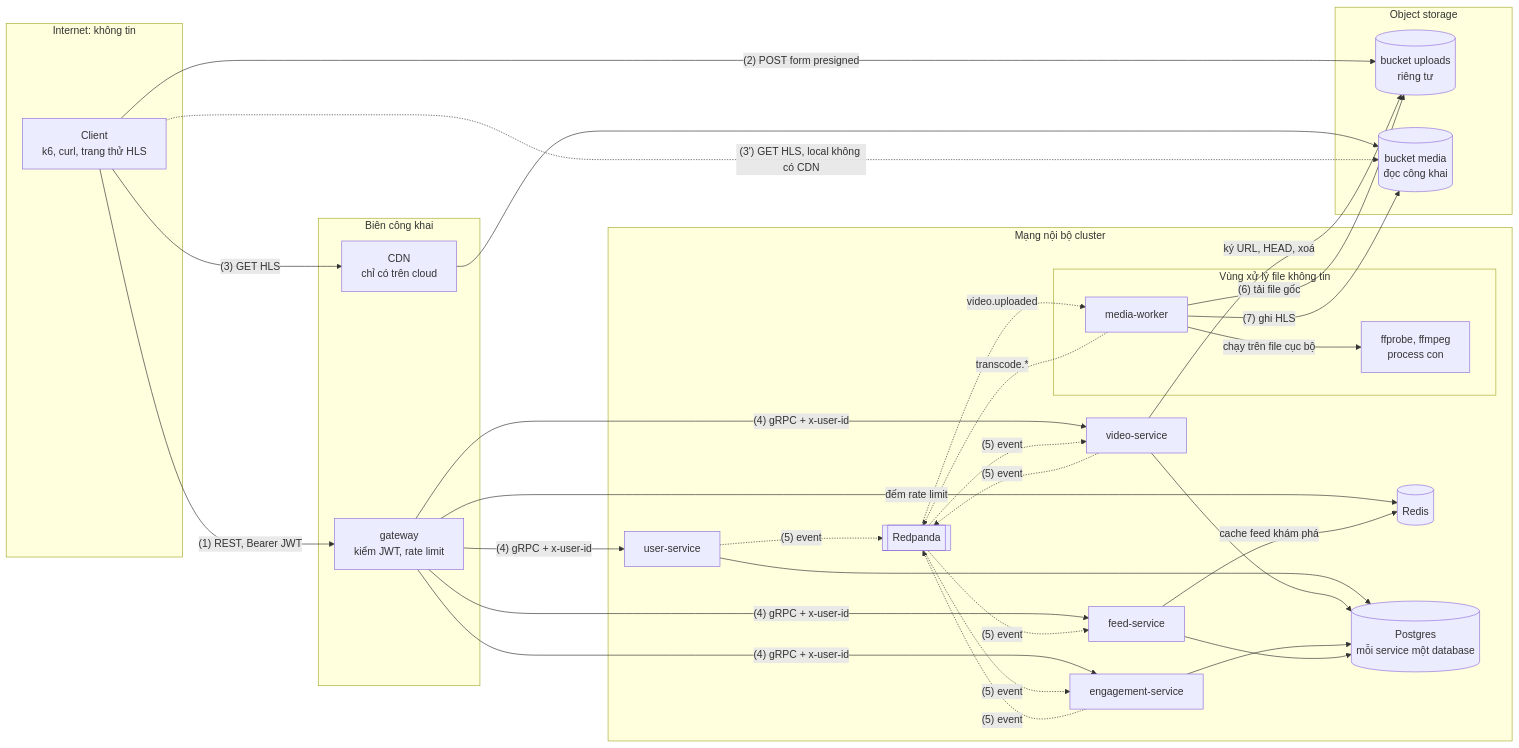
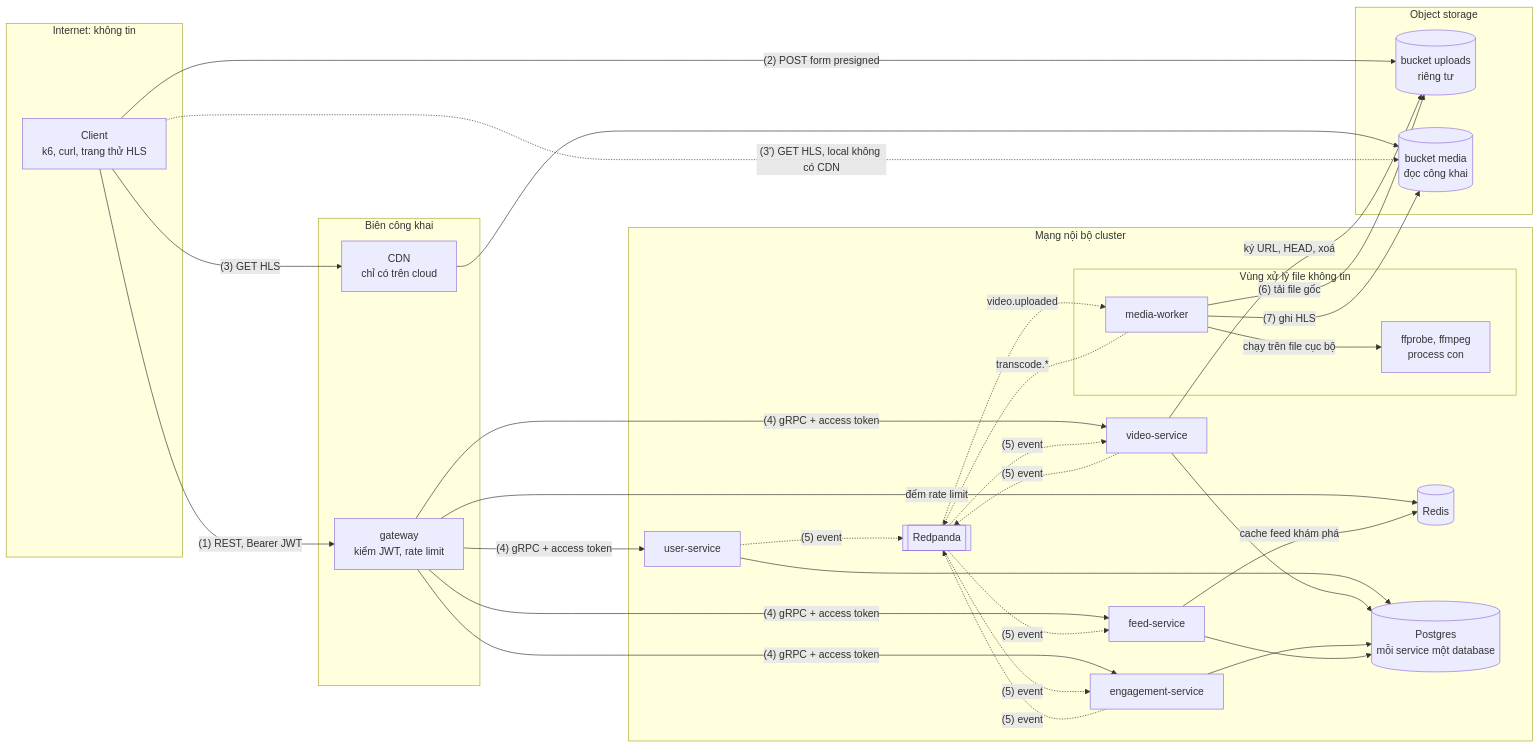
The diagram in docs/threat-model.md (anhnvcoder/svp-backend), drawn with Mermaid before and after one commit. The commit also changed other lines of this file and 79 other files, not shown here.

First line of the commit message:
feat: danh tính giữa service bằng access token, Idempotency-Key, readiness, retry có giới hạn (#78)

````diff
--- a/docs/threat-model.md
+++ b/docs/threat-model.md
@@ -115,62 +115,62 @@
 ```mermaid
 flowchart LR
     subgraph internet["Internet: không tin"]
         client["Client<br/>k6, curl, trang thử HLS"]
     end
 
     subgraph edge["Biên công khai"]
         gw["gateway<br/>kiểm JWT, rate limit"]
         cdn["CDN<br/>chỉ có trên cloud"]
     end
 
     subgraph storage["Object storage"]
         up[("bucket uploads<br/>riêng tư")]
         media[("bucket media<br/>đọc công khai")]
     end
 
     subgraph cluster["Mạng nội bộ cluster"]
         us["user-service"]
         vs["video-service"]
         es["engagement-service"]
         fs["feed-service"]
         bus[["Redpanda"]]
         redis[("Redis")]
         pg[("Postgres<br/>mỗi service một database")]
         subgraph sandbox["Vùng xử lý file không tin"]
             mw["media-worker"]
             ff["ffprobe, ffmpeg<br/>process con"]
         end
     end
 
     client -->|"(1) REST, Bearer JWT"| gw
     client -->|"(2) POST form presigned"| up
     client -->|"(3) GET HLS"| cdn
     cdn --> media
     client -.->|"(3') GET HLS, local không có CDN"| media
 
-    gw -->|"(4) gRPC + x-user-id"| us
-    gw -->|"(4) gRPC + x-user-id"| vs
-    gw -->|"(4) gRPC + x-user-id"| es
-    gw -->|"(4) gRPC + x-user-id"| fs
+    gw -->|"(4) gRPC + access token"| us
+    gw -->|"(4) gRPC + access token"| vs
+    gw -->|"(4) gRPC + access token"| es
+    gw -->|"(4) gRPC + access token"| fs
     gw -->|"đếm rate limit"| redis
     fs -->|"cache feed khám phá"| redis
 
     us --> pg
     vs --> pg
     es --> pg
     fs --> pg
     vs -->|"ký URL, HEAD, xoá"| up
 
     us -.->|"(5) event"| bus
     vs -.->|"(5) event"| bus
     es -.->|"(5) event"| bus
     bus -.->|"(5) event"| vs
     bus -.->|"(5) event"| es
     bus -.->|"(5) event"| fs
     bus -.->|"video.uploaded"| mw
     mw -.->|"transcode.*"| bus
 
     mw -->|"(6) tải file gốc"| up
     mw -->|"chạy trên file cục bộ"| ff
     mw -->|"(7) ghi HLS"| media
 ```
````
